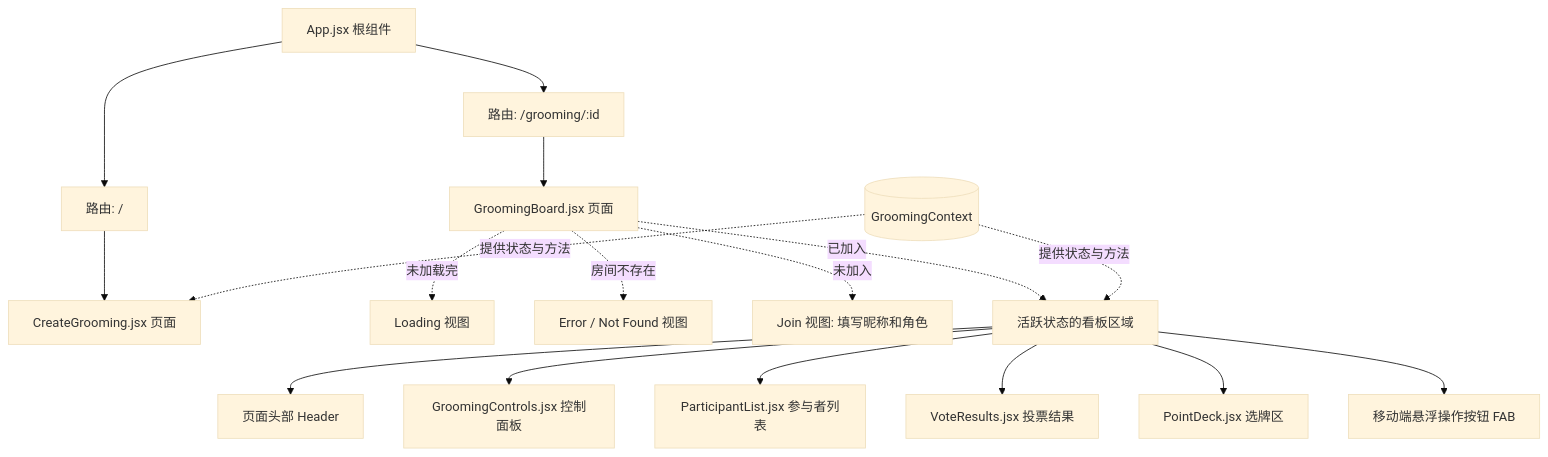
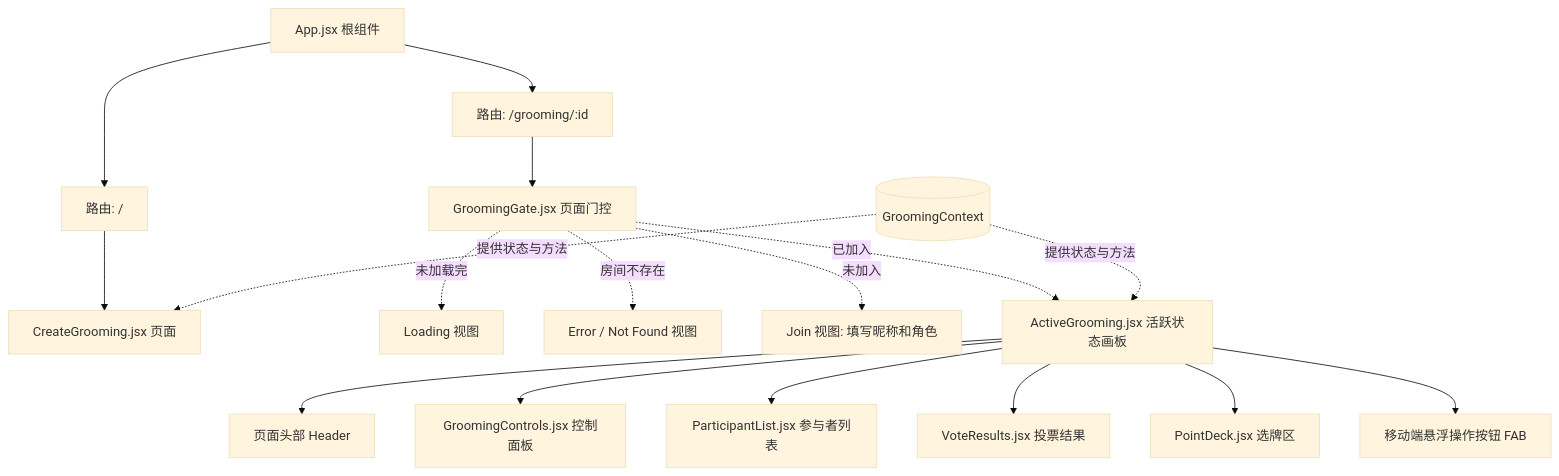
One commit to Acgsior/esppocker changed the diagram in UI_COMPONENT_MAP.md. Above: the diagram before and after it, drawn with Mermaid (base theme). The commit also changed other lines of this file and 8 other files, not shown here.

Commit message:
refactor: extract ActiveGrooming and introduce GroomingGate

````diff
--- a/UI_COMPONENT_MAP.md
+++ b/UI_COMPONENT_MAP.md
@@ -5,30 +5,30 @@
 ```mermaid
 graph TD
     App[App.jsx 根组件]
 
     %% 路由
     App --> RouteCreate[路由: /]
     App --> RouteGrooming[路由: /grooming/:id]
 
     %% 页面
     RouteCreate --> CreateGroomingPage[CreateGrooming.jsx 页面]
-    RouteGrooming --> GroomingBoardPage[GroomingBoard.jsx 页面]
+    RouteGrooming --> GroomingGatePage[GroomingGate.jsx 页面门控]
 
-    %% GroomingBoard 的不同视图状态
-    GroomingBoardPage -.->|未加载完| LoadingView[Loading 视图]
-    GroomingBoardPage -.->|房间不存在| ErrorView[Error / Not Found 视图]
-    GroomingBoardPage -.->|未加入| JoinForm[Join 视图: 填写昵称和角色]
-    GroomingBoardPage -.->|已加入| ActiveBoard[活跃状态的看板区域]
+    %% GroomingGate 的不同视图状态
+    GroomingGatePage -.->|未加载完| LoadingView[Loading 视图]
+    GroomingGatePage -.->|房间不存在| ErrorView[Error / Not Found 视图]
+    GroomingGatePage -.->|未加入| JoinForm[Join 视图: 填写昵称和角色]
+    GroomingGatePage -.->|已加入| ActiveGrooming[ActiveGrooming.jsx 活跃状态画板]
 
-    %% Active Board 子组件
-    ActiveBoard --> Header[页面头部 Header]
-    ActiveBoard --> GroomingControls[GroomingControls.jsx 控制面板]
-    ActiveBoard --> ParticipantList[ParticipantList.jsx 参与者列表]
-    ActiveBoard --> VoteResults[VoteResults.jsx 投票结果]
-    ActiveBoard --> PointDeck[PointDeck.jsx 选牌区]
-    ActiveBoard --> FAB[移动端悬浮操作按钮 FAB]
+    %% ActiveGrooming 子组件
+    ActiveGrooming --> Header[页面头部 Header]
+    ActiveGrooming --> GroomingControls[GroomingControls.jsx 控制面板]
+    ActiveGrooming --> ParticipantList[ParticipantList.jsx 参与者列表]
+    ActiveGrooming --> VoteResults[VoteResults.jsx 投票结果]
+    ActiveGrooming --> PointDeck[PointDeck.jsx 选牌区]
+    ActiveGrooming --> FAB[移动端悬浮操作按钮 FAB]
 
     %% 全局上下文
-    Context[(GroomingContext)] -.->|提供状态与方法| ActiveBoard
+    Context[(GroomingContext)] -.->|提供状态与方法| ActiveGrooming
     Context -.->|提供状态与方法| CreateGroomingPage
 ```
````
